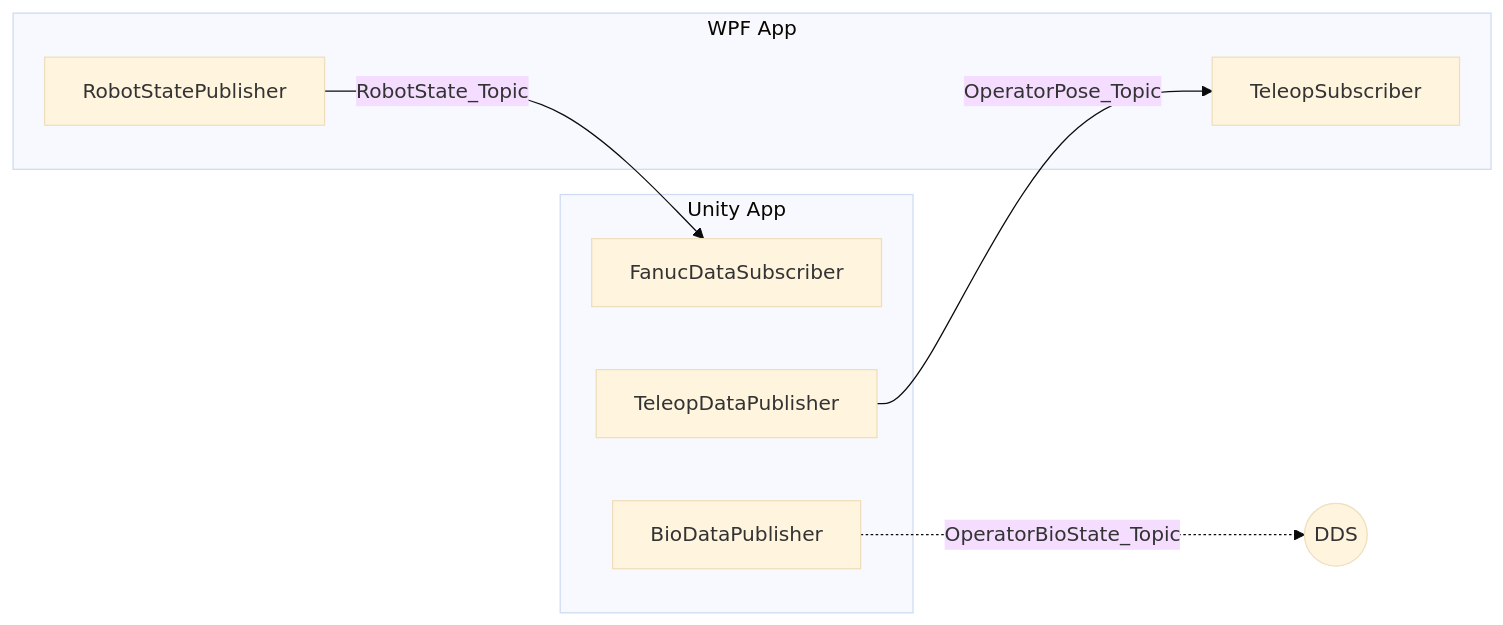
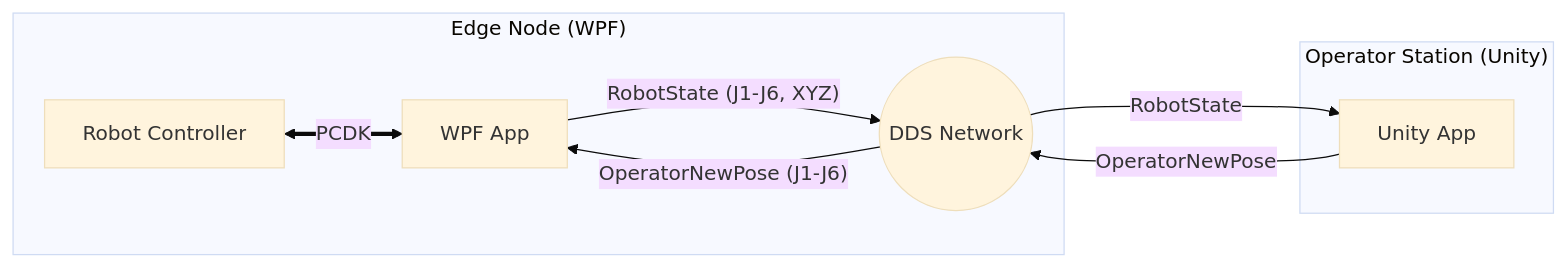
One commit to mazeasdamien/CAT_project changed the diagram in README.md. Above: the diagram before and after it, drawn with Mermaid (base theme). The commit also changed other lines of this file, not shown here.

Commit message:
feat: Add WPF teleoperation application with DDS subscription, Unity project assets, and Fanuc workcell configuration files.

````diff
--- a/README.md
+++ b/README.md
@@ -16,17 +37,13 @@
 ```mermaid
 graph LR
-    subgraph WPF App
-    A[RobotStatePublisher]
-    B[TeleopSubscriber]
-    end
-    
-    subgraph Unity App
-    C[FanucDataSubscriber]
-    D[TeleopDataPublisher]
-    E[BioDataPublisher]
+    subgraph "Edge Node (WPF)"
+        A[Robot Controller] <== PCDK ==> B[WPF App]
+        B -- "RobotState (J1-J6, XYZ)" --> DDS((DDS Network))
+        DDS -- "OperatorNewPose (J1-J6)" --> B
     end
 
-    A -- "RobotState_Topic" --> C
-    D -- "OperatorPose_Topic" --> B
-    E -. "OperatorBioState_Topic" .-> F((DDS))
+    subgraph "Operator Station (Unity)"
+        C[Unity App] -- "OperatorNewPose" --> DDS
+        DDS -- "RobotState" --> C
+    end
 ```
````
